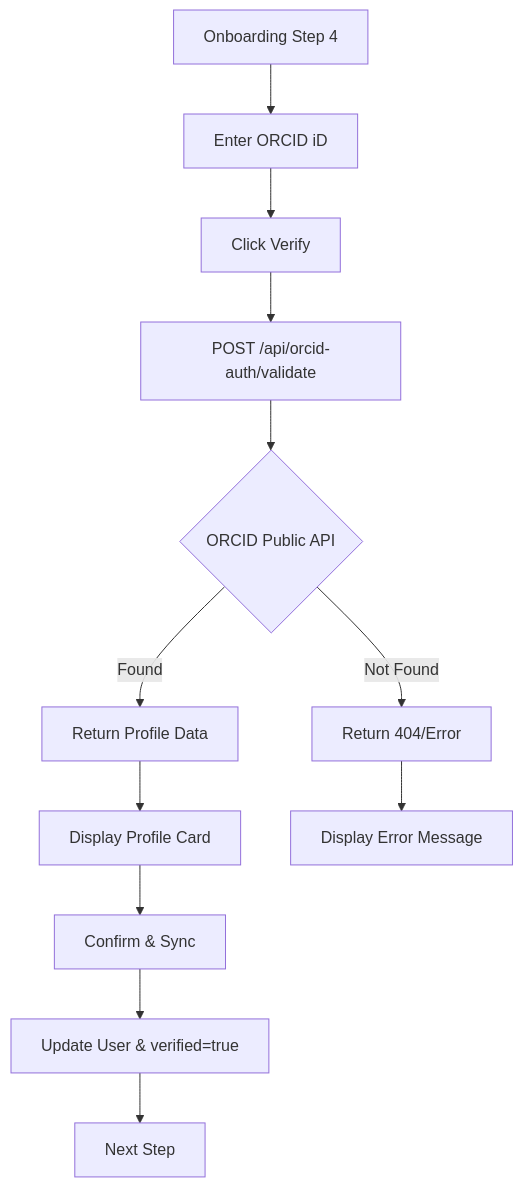
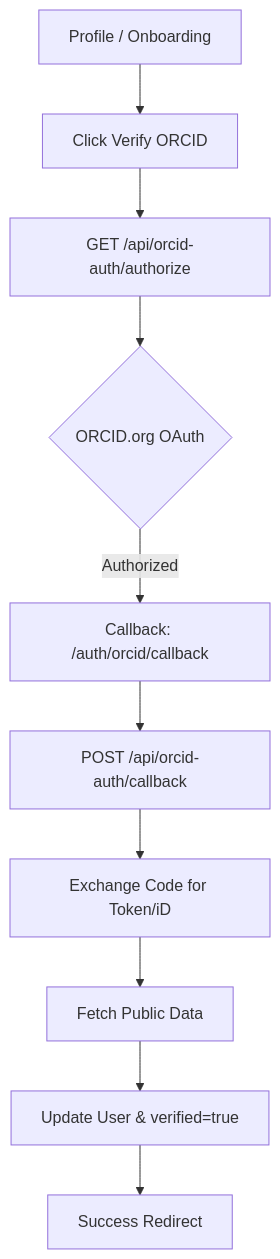
Before and after one commit to akvo/science-for-africa: the diagram in docs/ORCID_FLOW.md, drawn with Mermaid. The commit also changed other lines of this file and 62 other files, not shown here.

First line of the commit message:
[#87] MVP Public Profile Page, Localization Parity & Secure Routing (#88)

````diff
--- a/docs/ORCID_FLOW.md
+++ b/docs/ORCID_FLOW.md
@@ -32,14 +30,12 @@
 ```mermaid
 graph TD
-    A[Onboarding Step 4] --> B[Enter ORCID iD]
-    B --> C[Click Verify]
-    C --> D[POST /api/orcid-auth/validate]
-    D --> E{ORCID Public API}
-    E -->|Found| F[Return Profile Data]
-    E -->|Not Found| G[Return 404/Error]
-    F --> H[Display Profile Card]
-    G --> I[Display Error Message]
-    H --> J[Confirm & Sync]
-    J --> K[Update User & verified=true]
-    K --> L[Next Step]
+    A[Profile / Onboarding] --> B[Click Verify ORCID]
+    B --> C[GET /api/orcid-auth/authorize]
+    C --> D{ORCID.org OAuth}
+    D -->|Authorized| E[Callback: /auth/orcid/callback]
+    E --> F[POST /api/orcid-auth/callback]
+    F --> G[Exchange Code for Token/iD]
+    G --> H[Fetch Public Data]
+    H --> I[Update User & verified=true]
+    I --> J[Success Redirect]
 ```
````
